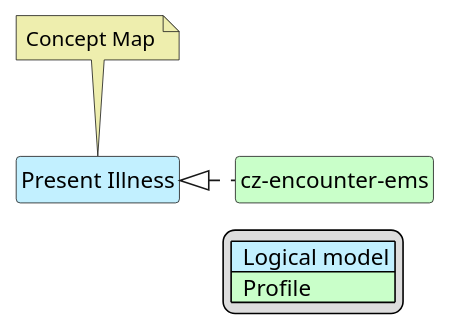
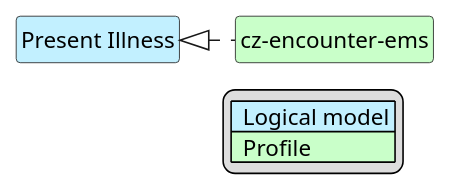
One commit to HL7-cz/cz-ems changed the diagram in input/images-source/emsPresentIllness-map.plantuml. Above: the diagram before and after it, drawn with PlantUML. The commit also changed 23 other files, not shown here.

Commit message:
úprava plantuml schémat

```diff
--- a/input/images-source/emsPresentIllness-map.plantuml
+++ b/input/images-source/emsPresentIllness-map.plantuml
@@ -1,25 +1,22 @@
 @startuml
 hide circle
 hide stereotype
 hide members
 hide methods
 skinparam linetype ortho
 skinparam class {
 BackgroundColor<<LogicalModel>> #APPLICATION
 BackgroundColor<<Profile>> #TECHNOLOGY
 }
 legend right
 | <#APPLICATION>  Logical model |
 | <#TECHNOLOGY>  Profile |
 endlegend
 
 class "Present Illness" <<LogicalModel>> [[StructureDefinition-PresentIllnessEmsCz.html]]
-note top #EEEEAE [[ConceptMap-PresentIllness2FHIR-cz.html]]
-Concept Map
-endnote
 
 class "cz-encounter-ems" <<Profile>> [[StructureDefinition-cz-encounter-ems.html]]
 
 "Present Illness" <|. "cz-encounter-ems"
 
 @enduml
```
